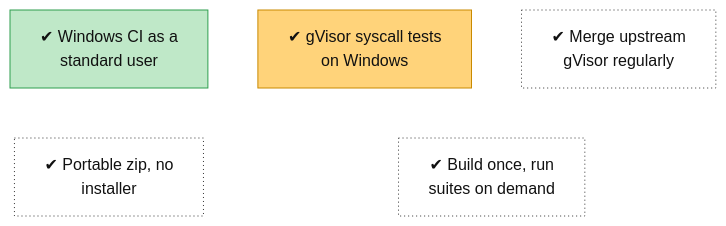
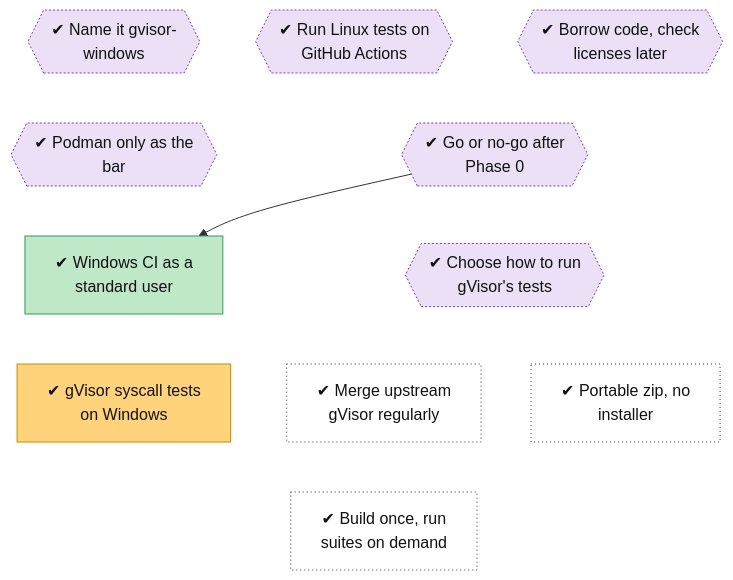
The diagram in docs/roadmap/tracks/ops.md (lhns/gvisor-windows), drawn with Mermaid before and after one commit. The commit also changed 6 other files, not shown here.

````diff
--- a/docs/roadmap/tracks/ops.md
+++ b/docs/roadmap/tracks/ops.md
@@ -10,28 +10,44 @@
 ```mermaid
 flowchart TB
+    ops_name_and_fork{{"✔ Name it gvisor-<br/>windows"}}
+    ops_linux_tests_on_actions{{"✔ Run Linux tests on<br/>GitHub Actions"}}
+    ops_borrow_code{{"✔ Borrow code, check<br/>licenses later"}}
+    ops_podman_only_the_bar{{"✔ Podman only as the<br/>bar"}}
+    ops_phase0_go_no_go{{"✔ Go or no-go after<br/>Phase 0"}}
     ops_windows_ci_standard_user["✔ Windows CI as a<br/>standard user"]
+    ops_syscall_test_strategy{{"✔ Choose how to run<br/>gVisor's tests"}}
     ops_syscall_tests_on_windows["✔ gVisor syscall tests<br/>on Windows"]
     ops_upstream_merges["✔ Merge upstream<br/>gVisor regularly"]
     ops_portable_packaging["✔ Portable zip, no<br/>installer"]
     ops_ci_build_once["✔ Build once, run<br/>suites on demand"]
-    ops_windows_ci_standard_user ~~~ ops_portable_packaging
+    ops_name_and_fork ~~~ ops_podman_only_the_bar
+    ops_linux_tests_on_actions ~~~ ops_phase0_go_no_go
+    ops_borrow_code ~~~ ops_phase0_go_no_go
+    ops_podman_only_the_bar ~~~ ops_windows_ci_standard_user
+    ops_phase0_go_no_go ~~~ ops_syscall_test_strategy
+    ops_windows_ci_standard_user ~~~ ops_syscall_tests_on_windows
+    ops_syscall_test_strategy ~~~ ops_upstream_merges
+    ops_syscall_test_strategy ~~~ ops_portable_packaging
     ops_syscall_tests_on_windows ~~~ ops_ci_build_once
     ops_upstream_merges ~~~ ops_ci_build_once
+    ops_portable_packaging ~~~ ops_ci_build_once
+    ops_phase0_go_no_go --> ops_windows_ci_standard_user
     classDef vsucc fill:#2e9e4f,stroke:#1b6b34,color:#fff
     classDef succ fill:#bfe8c8,stroke:#2e9e4f,color:#111
     classDef mixed fill:#ffd37a,stroke:#c98a00,color:#111
     classDef bad fill:#f28b82,stroke:#b3261e,color:#111
     classDef dead fill:#e6e6e6,stroke:#777,stroke-dasharray:5 5,color:#555
     classDef inprog fill:#a8cdf5,stroke:#1f6fc5,color:#111
     classDef next fill:#fff,stroke:#333,color:#111
     classDef blocked fill:#fff,stroke:#b3261e,stroke-dasharray:2 2,color:#111
     classDef parked fill:#f3f3f3,stroke:#999,color:#555
     classDef unrated fill:#fff,stroke:#333,stroke-dasharray:1 3,color:#111
     classDef gate fill:#d9c2f0,stroke:#7b3fb5,color:#111
     classDef decided fill:#ece0f7,stroke:#7b3fb5,stroke-dasharray:2 2,color:#111
     classDef finding fill:#ffe0b2,stroke:#d84315,stroke-width:2px,color:#111
     classDef waiting fill:#e3f2fd,stroke:#1f6fc5,stroke-dasharray:5 5,color:#111
+    class ops_name_and_fork,ops_linux_tests_on_actions,ops_borrow_code,ops_podman_only_the_bar,ops_phase0_go_no_go,ops_syscall_test_strategy decided
     class ops_windows_ci_standard_user succ
     class ops_syscall_tests_on_windows mixed
     class ops_upstream_merges,ops_portable_packaging,ops_ci_build_once unrated
 ```
````
